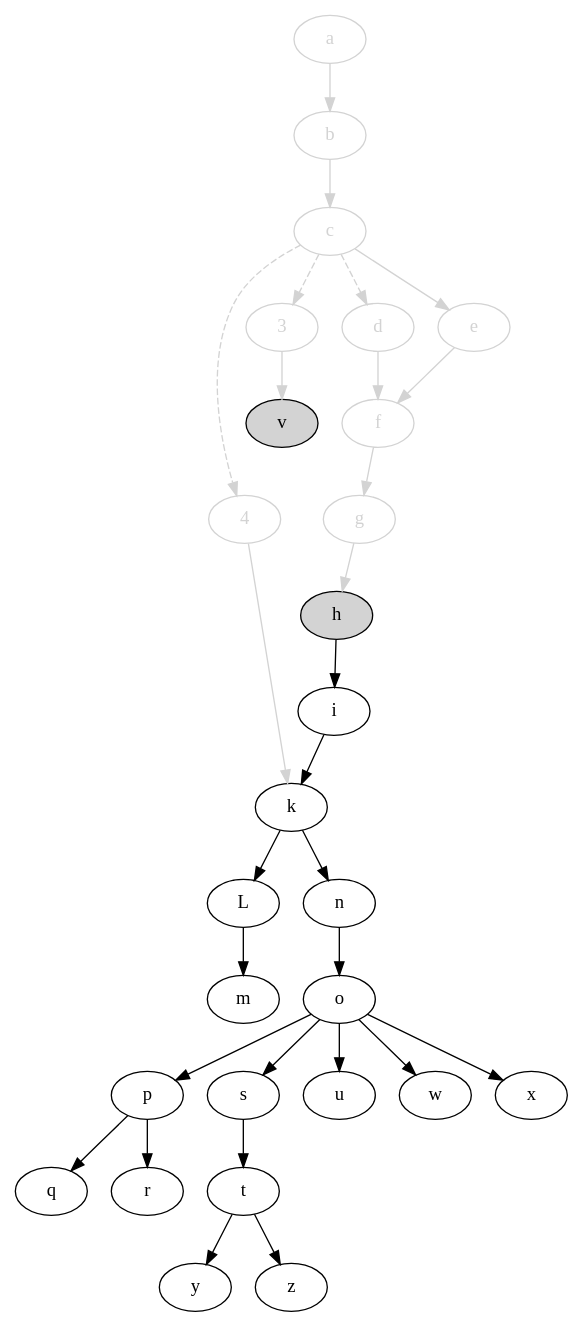
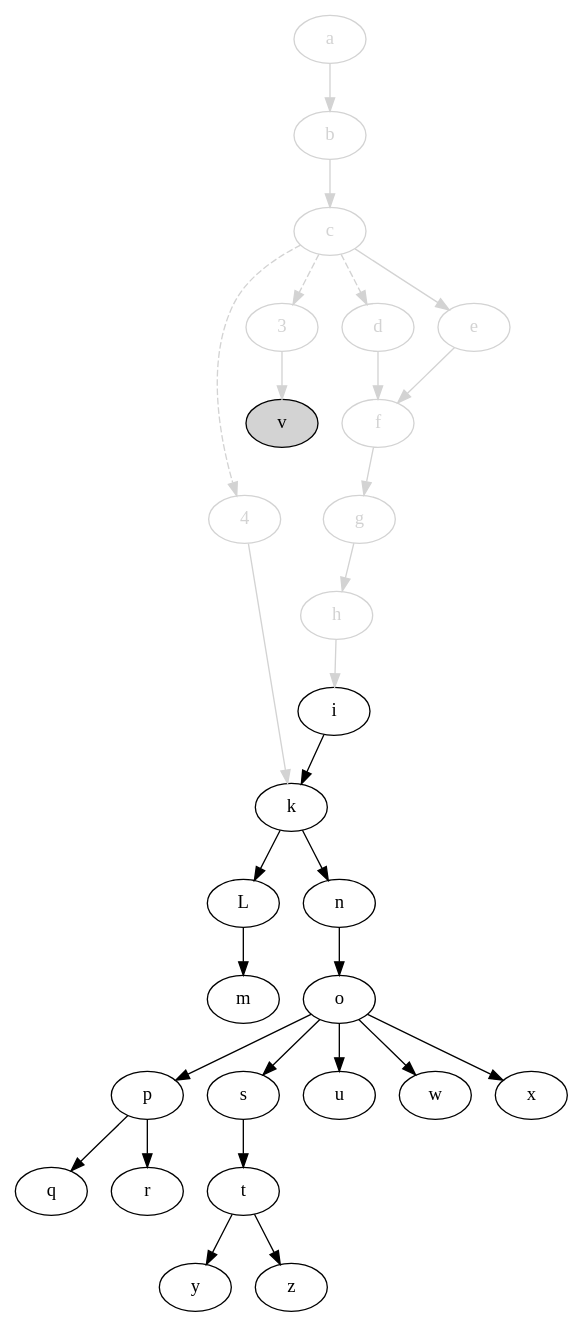
The diagram in svm-startup-deps.dot (jdmpapin/svm-startup-deps), drawn with Graphviz before and after one commit. The commit also changed 1 other file, not shown here.

```diff
--- a/svm-startup-deps.dot
+++ b/svm-startup-deps.dot
@@ -1,58 +1,58 @@
 digraph {
     4 [color=lightgrey,fontcolor=lightgrey];
     3 [color=lightgrey,fontcolor=lightgrey];
     a [color=lightgrey,fontcolor=lightgrey];
     b [color=lightgrey,fontcolor=lightgrey];
     c [color=lightgrey,fontcolor=lightgrey];
     d [color=lightgrey,fontcolor=lightgrey];
     e [color=lightgrey,fontcolor=lightgrey];
     f [color=lightgrey,fontcolor=lightgrey];
     g [color=lightgrey,fontcolor=lightgrey];
-    h [style=filled,fillcolor=lightgrey];
+    h [color=lightgrey,fontcolor=lightgrey];
     i;
     k;
     L;
     m;
     n;
     o;
     p;
     q;
     r;
     s;
     t;
     u;
     v [style=filled,fillcolor=lightgrey];
     w;
     x;
     y;
     z;
 
     4 -> k [color=lightgrey];
     c -> 4 [style=dashed,color=lightgrey];
     c -> 3 [style=dashed,color=lightgrey];
     c -> d [style=dashed,color=lightgrey];
     3 -> v [color=lightgrey];
     a -> b [color=lightgrey];
     b -> c [color=lightgrey];
     c -> e [color=lightgrey];
     d -> f [color=lightgrey];
     e -> f [color=lightgrey];
     f -> g [color=lightgrey];
     g -> h [color=lightgrey];
-    h -> i;
+    h -> i [color=lightgrey];
     i -> k;
     k -> L;
     L -> m;
     k -> n;
     n -> o;
     o -> p;
     p -> q;
     p -> r;
     o -> s;
     s -> t;
     o -> u;
     o -> w;
     o -> x;
     t -> y;
     t -> z;
 }
```
